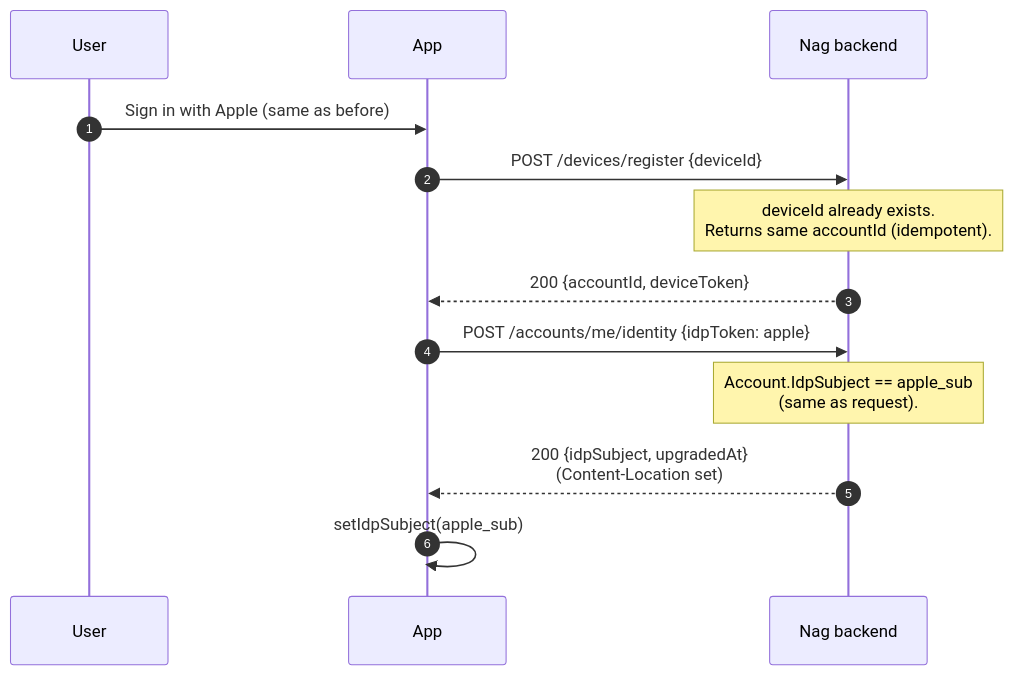
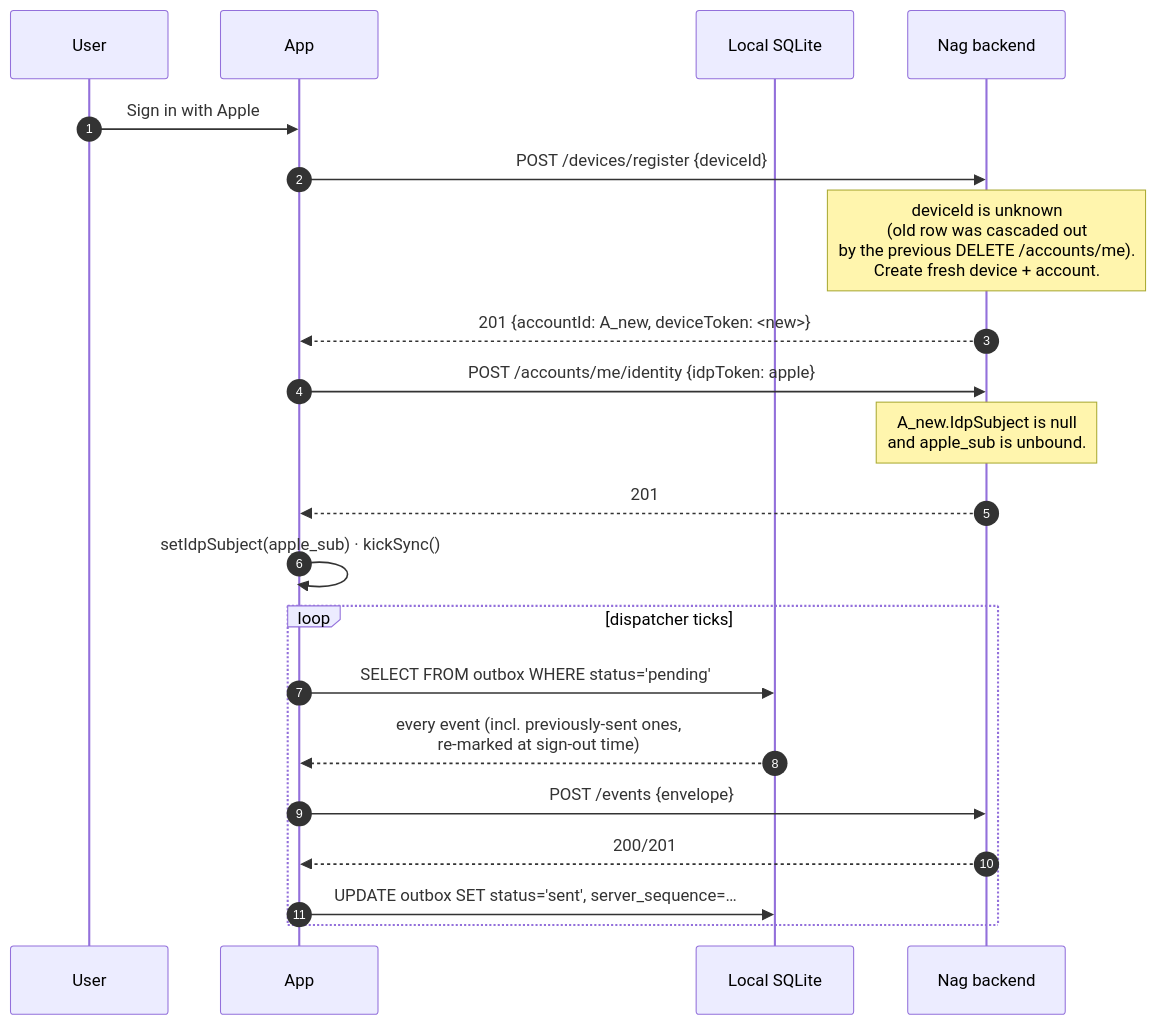
Before and after one commit to auctionready/nag: the fourth of 12 diagrams in docs/IdentityAndAuth.md, drawn with Mermaid. The commit also changed other lines of this file and 12 other files, not shown here.

````diff
--- a/docs/IdentityAndAuth.md
+++ b/docs/IdentityAndAuth.md
@@ -414,16 +460,24 @@
 ```mermaid
 sequenceDiagram
     autonumber
     participant U as User
     participant App as App
+    participant Local as Local SQLite
     participant Server as Nag backend
 
-    U->>App: Sign in with Apple (same as before)
+    U->>App: Sign in with Apple
     App->>Server: POST /devices/register {deviceId}
-    Note over Server: deviceId already exists.<br/>Returns same accountId (idempotent).
-    Server-->>App: 200 {accountId, deviceToken}
+    Note over Server: deviceId is unknown<br/>(old row was cascaded out<br/>by the previous DELETE /accounts/me).<br/>Create fresh device + account.
+    Server-->>App: 201 {accountId: A_new, deviceToken: <new>}
     App->>Server: POST /accounts/me/identity {idpToken: apple}
-    Note over Server: Account.IdpSubject == apple_sub<br/>(same as request).
-    Server-->>App: 200 {idpSubject, upgradedAt}<br/>(Content-Location set)
-    App->>App: setIdpSubject(apple_sub)
+    Note over Server: A_new.IdpSubject is null<br/>and apple_sub is unbound.
+    Server-->>App: 201
+    App->>App: setIdpSubject(apple_sub) · kickSync()
+    loop dispatcher ticks
+        App->>Local: SELECT FROM outbox WHERE status='pending'
+        Local-->>App: every event (incl. previously-sent ones,<br/>re-marked at sign-out time)
+        App->>Server: POST /events {envelope}
+        Server-->>App: 200/201
+        App->>Local: UPDATE outbox SET status='sent', server_sequence=…
+    end
 ```
````
